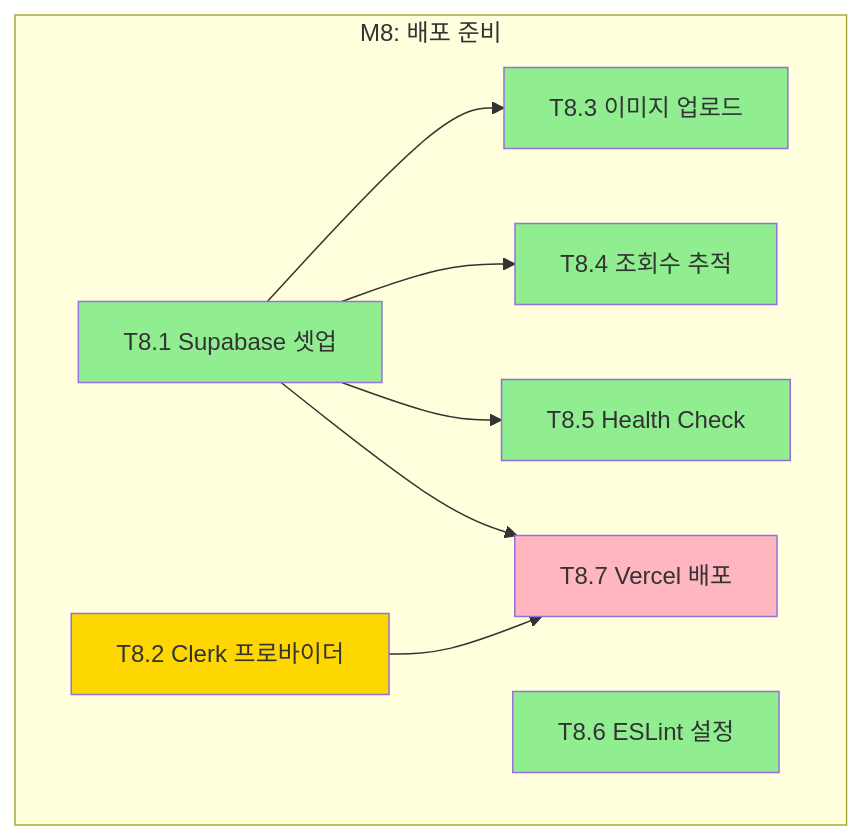
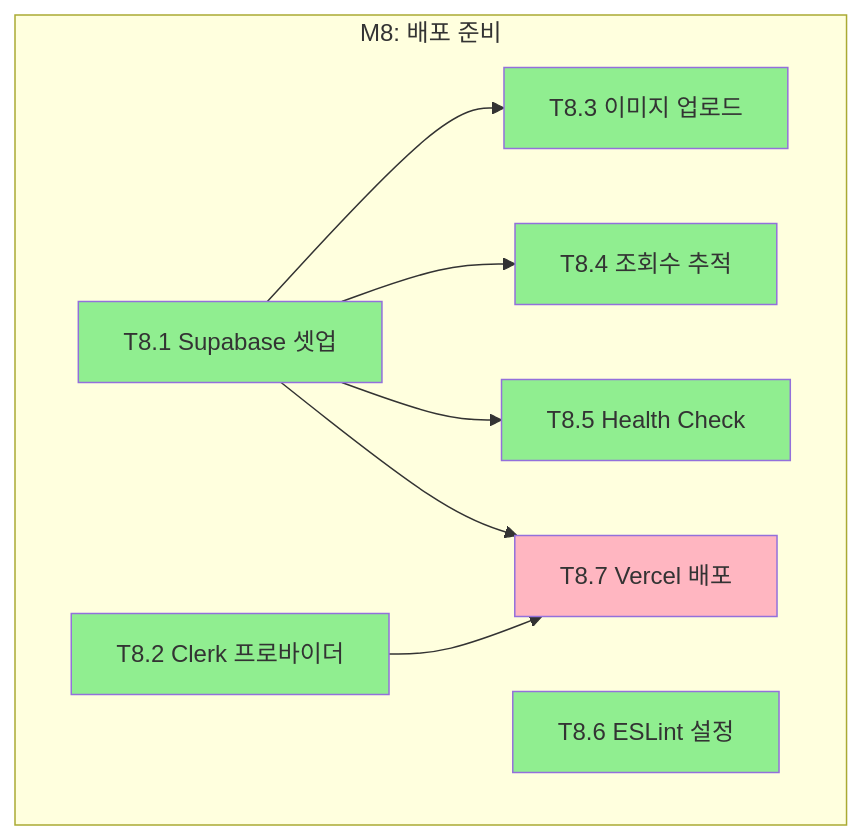
Before and after one commit to tjwns3481/stay-guide: the second of 2 diagrams in docs/planning/06-tasks.md, drawn with Mermaid. The commit also changed other lines of this file, not shown here.

````diff
--- a/docs/planning/06-tasks.md
+++ b/docs/planning/06-tasks.md
@@ -1161,26 +1161,26 @@
 ```mermaid
 flowchart TD
     subgraph M8[M8: 배포 준비]
         T8.1[T8.1 Supabase 셋업]
         T8.2[T8.2 Clerk 프로바이더]
         T8.3[T8.3 이미지 업로드]
         T8.4[T8.4 조회수 추적]
         T8.5[T8.5 Health Check]
         T8.6[T8.6 ESLint 설정]
         T8.7[T8.7 Vercel 배포]
     end
 
     T8.1 --> T8.3
     T8.1 --> T8.4
     T8.1 --> T8.5
     T8.1 --> T8.7
     T8.2 --> T8.7
 
     style T8.1 fill:#90EE90
-    style T8.2 fill:#FFD700
+    style T8.2 fill:#90EE90
     style T8.3 fill:#90EE90
     style T8.4 fill:#90EE90
     style T8.5 fill:#90EE90
     style T8.6 fill:#90EE90
     style T8.7 fill:#FFB6C1
 ```
````
